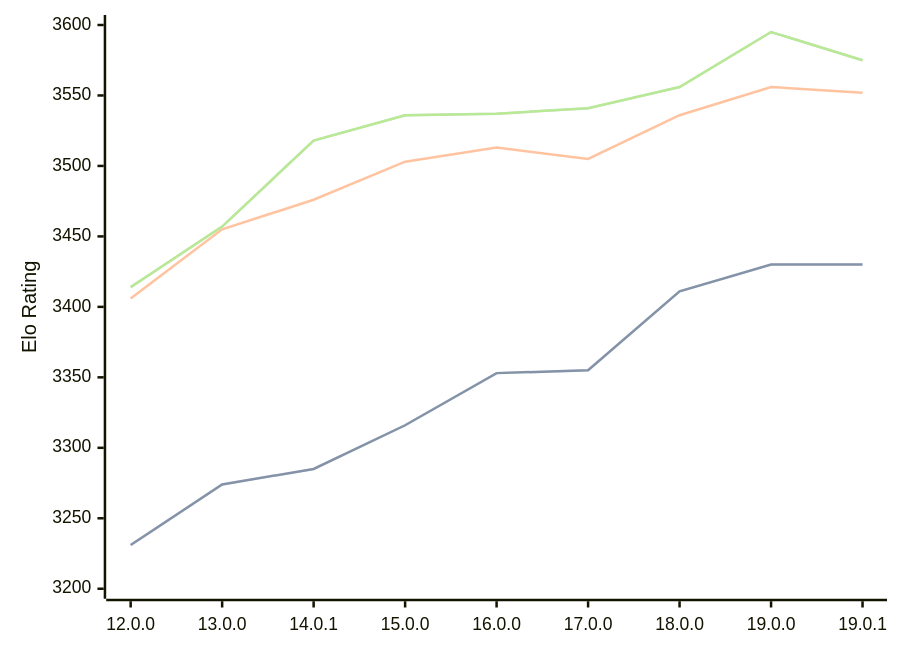
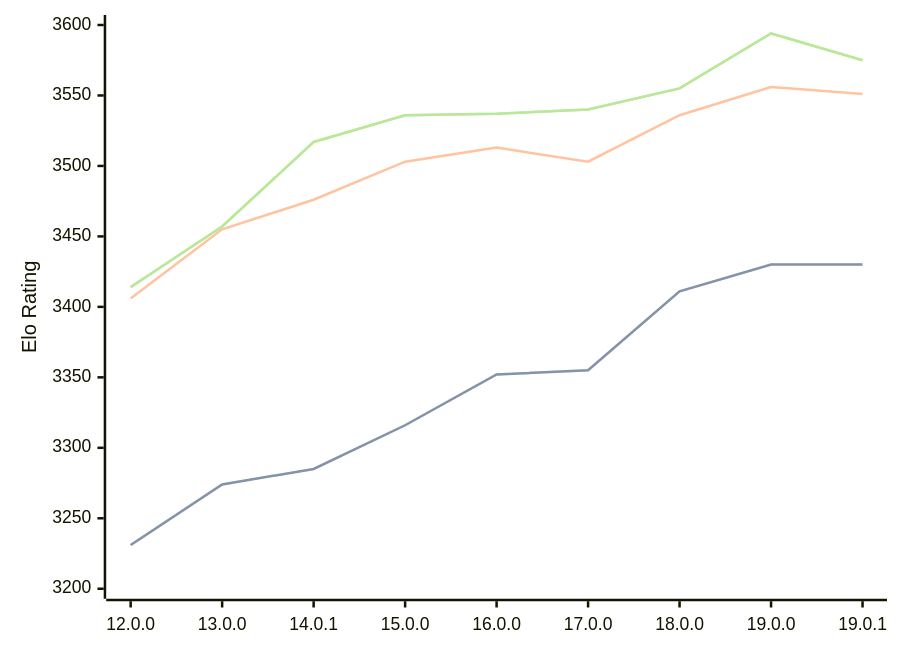
Before and after one commit to computer-chess-index/cci: the diagram in engines/Viridithas.md, drawn with Mermaid. The commit also changed other lines of this file, not shown here.

Commit message:
Update CCI Ratings (ELO VLTC) - 2026-03-24

````diff
--- a/engines/Viridithas.md
+++ b/engines/Viridithas.md
@@ -63,11 +63,11 @@
 ```mermaid
 %%{init: {"theme":"base","themeVariables":{"seriesColors:['#a3a3a3','#222221','#faa371']}}}%%
 xychart-beta
   x-axis ["12.0.0", "13.0.0", "14.0.1", "15.0.0", "16.0.0", "17.0.0", "18.0.0", "19.0.0", "19.0.1"]
   y-axis "Elo Rating" 3200 --> 3600
-  line "STC (8.0+0.08s)" [3231, 3274, 3285, 3316, 3353, 3355, 3411, 3430, 3430]
-  line "STC (8.0+0.08s)" [3231, 3274, 3285, 3316, 3353, 3355, 3411, 3430, 3430]
-  line "LTC (60.0+0.60s)" [3406, 3455, 3476, 3503, 3513, 3505, 3536, 3556, 3552]
-  line "VLTC (2m24s+1.12s)" [3414, 3457, 3518, 3536, 3537, 3541, 3556, 3595, 3575]
-  line "VLTC (2m24s+1.12s)" [3414, 3457, 3518, 3536, 3537, 3541, 3556, 3595, 3575]
+  line "STC (8.0+0.08s)" [3231, 3274, 3285, 3316, 3352, 3355, 3411, 3430, 3430]
+  line "STC (8.0+0.08s)" [3231, 3274, 3285, 3316, 3352, 3355, 3411, 3430, 3430]
+  line "LTC (60.0+0.60s)" [3406, 3455, 3476, 3503, 3513, 3503, 3536, 3556, 3551]
+  line "VLTC (2m24s+1.12s)" [3414, 3457, 3517, 3536, 3537, 3540, 3555, 3594, 3575]
+  line "VLTC (2m24s+1.12s)" [3414, 3457, 3517, 3536, 3537, 3540, 3555, 3594, 3575]
 ```
````
